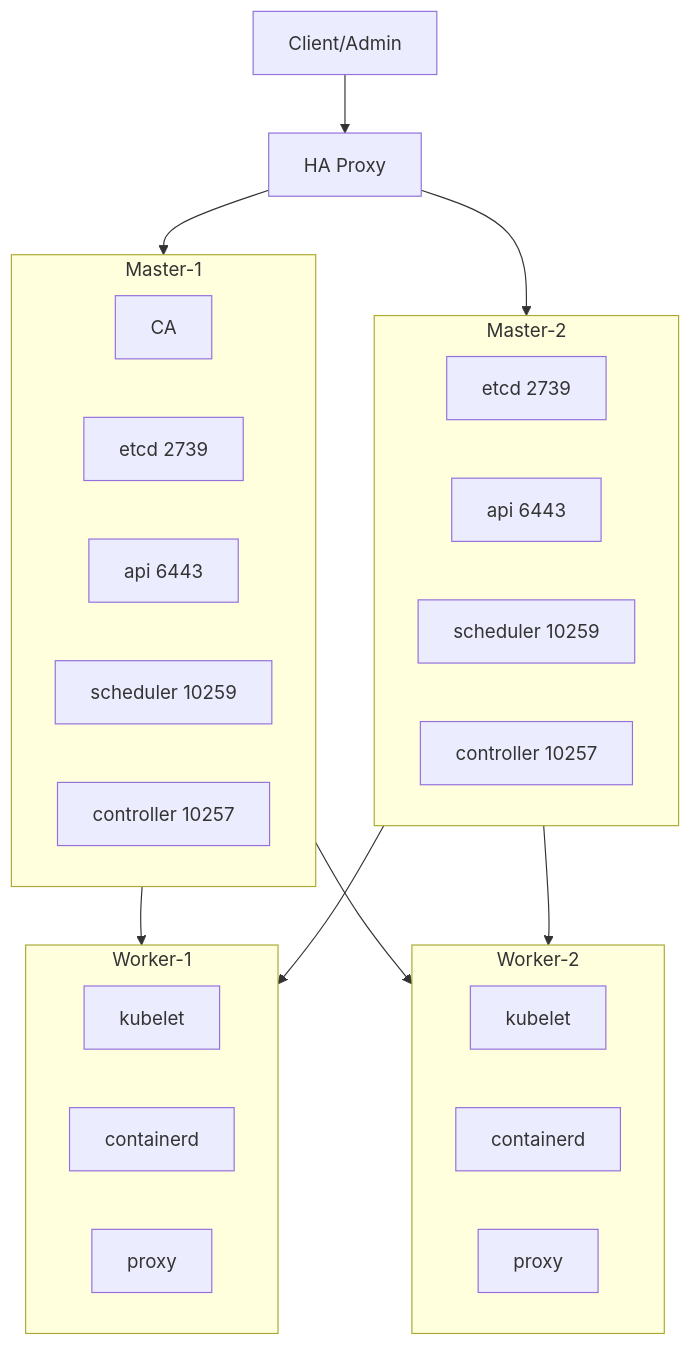
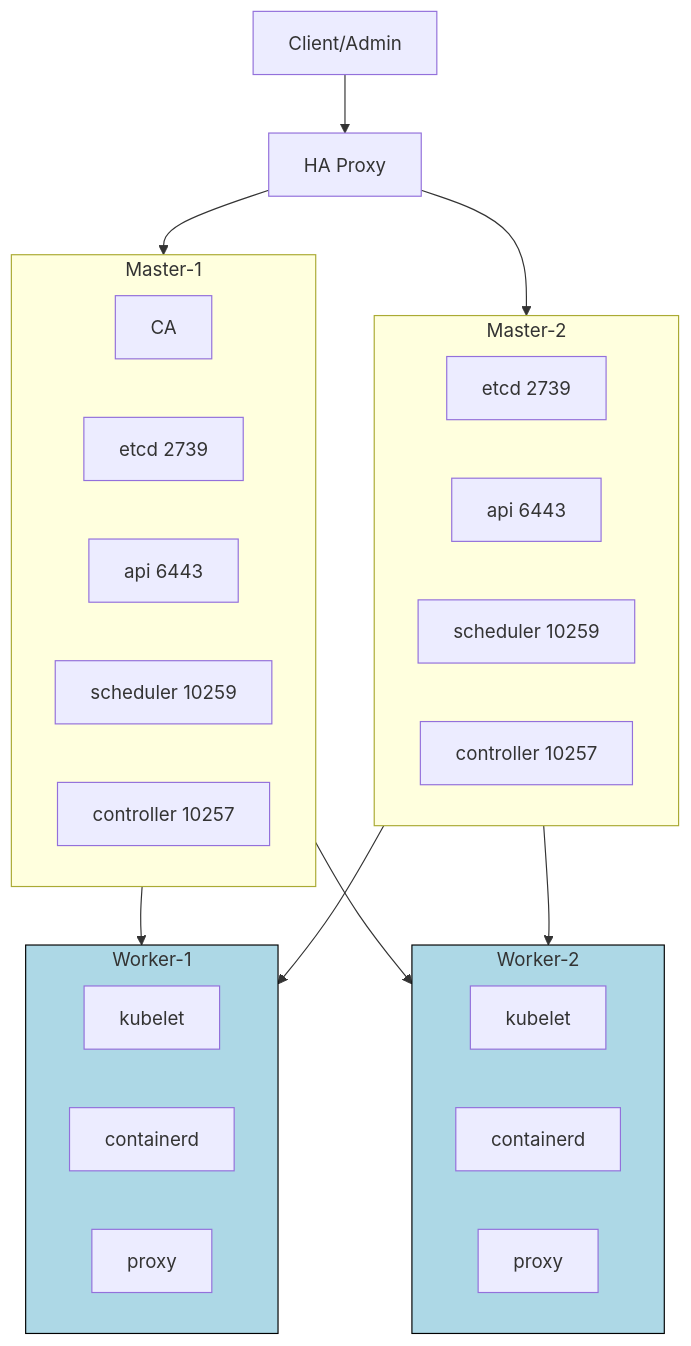
Before and after one commit to pavbjj/build-k8s-ansible: the first of 2 diagrams in README.md, drawn with Mermaid.

Commit message:
updated diagram

````diff
--- a/README.md
+++ b/README.md
@@ -5,39 +5,43 @@
 ```mermaid
 graph TD;
     LB[Client/Admin] --> HAProxy[HA Proxy]
 
     subgraph Master-1
         CA[CA]
         etcd1[etcd 2739]
         api1[api 6443]
         scheduler1[scheduler 10259]
         controller1[controller 10257]
     end
 
     subgraph Master-2
         etcd2[etcd 2739]
         api2[api 6443]
         scheduler2[scheduler 10259]
         controller2[controller 10257]
     end
 
     subgraph Worker-1
         kubelet1[kubelet]
         containerd1[containerd]
         proxy1[proxy]
     end
 
     subgraph Worker-2
         kubelet2[kubelet]
         containerd2[containerd]
         proxy2[proxy]
     end
 
     HAProxy --> Master-1
     HAProxy --> Master-2
 
     Master-1 --> Worker-1
     Master-1 --> Worker-2
     Master-2 --> Worker-1
     Master-2 --> Worker-2
+
+    style Worker-1 fill:#ADD8E6,stroke:#000
+    style Worker-2 fill:#ADD8E6,stroke:#000
+
 ```
````
